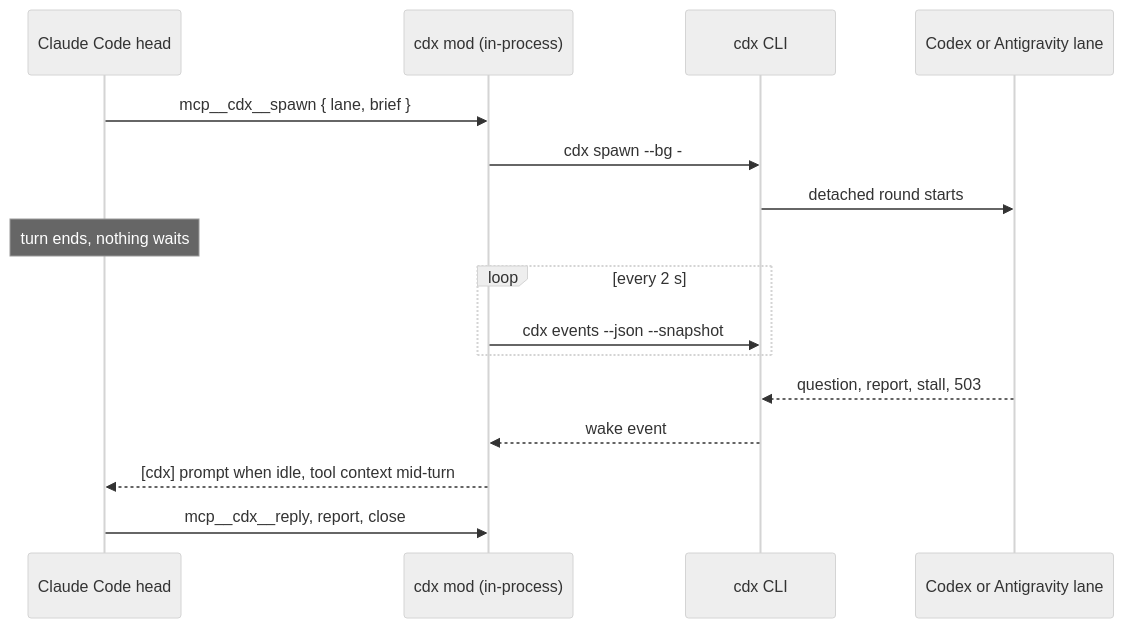
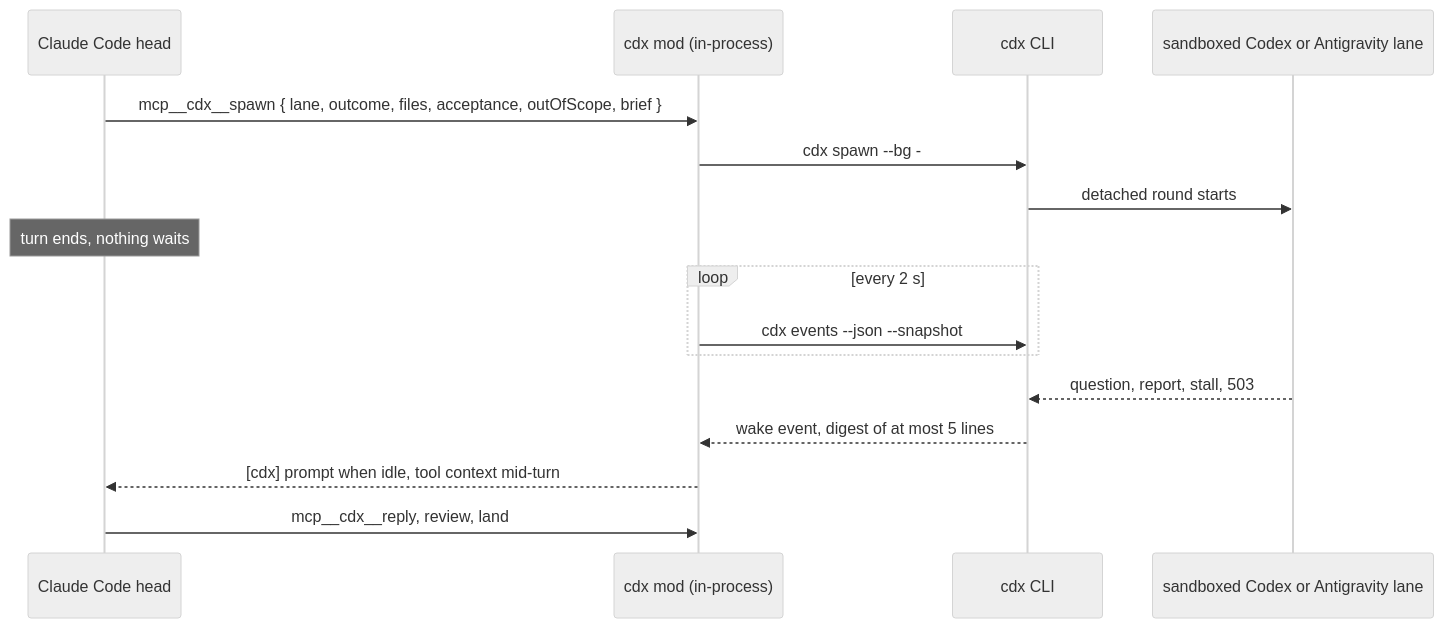
One commit to RedesignedRobot/cdx changed the diagram in README.md. Above: the diagram before and after it, drawn with Mermaid (neutral theme). The commit also changed other lines of this file and 6 other files, not shown here.

````diff
--- a/README.md
+++ b/README.md
@@ -26,18 +26,18 @@
 ```mermaid
 sequenceDiagram
     participant Head as Claude Code head
     participant Mod as cdx mod (in-process)
     participant CLI as cdx CLI
-    participant Lane as Codex or Antigravity lane
-    Head->>Mod: mcp__cdx__spawn { lane, brief }
+    participant Lane as sandboxed Codex or Antigravity lane
+    Head->>Mod: mcp__cdx__spawn { lane, outcome, files, acceptance, outOfScope, brief }
     Mod->>CLI: cdx spawn --bg -
     CLI->>Lane: detached round starts
     Note over Head: turn ends, nothing waits
     loop every 2 s
         Mod->>CLI: cdx events --json --snapshot
     end
     Lane-->>CLI: question, report, stall, 503
-    CLI-->>Mod: wake event
+    CLI-->>Mod: wake event, digest of at most 5 lines
     Mod-->>Head: [cdx] prompt when idle, tool context mid-turn
-    Head->>Mod: mcp__cdx__reply, report, close
+    Head->>Mod: mcp__cdx__reply, review, land
 ```
````
